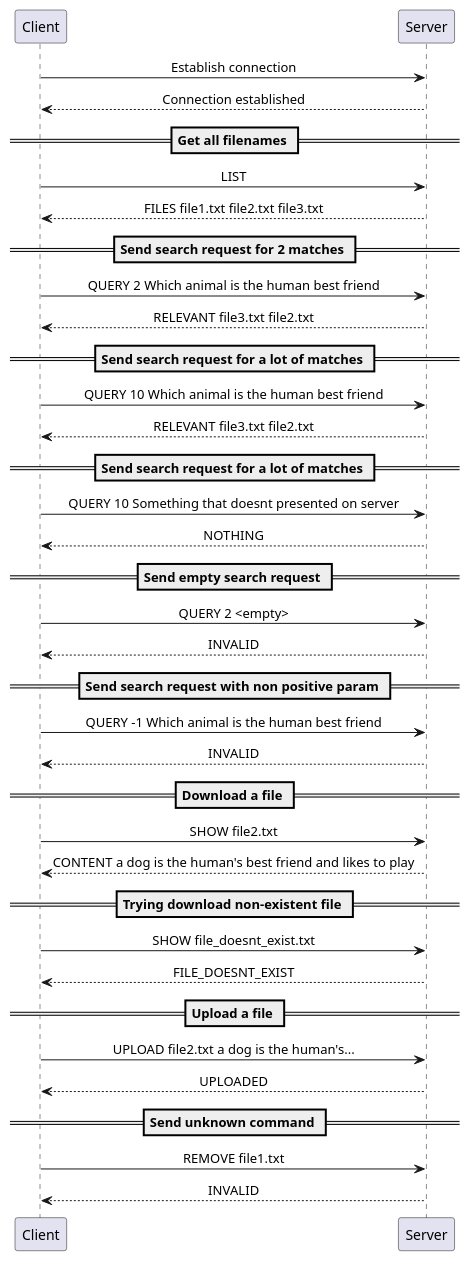
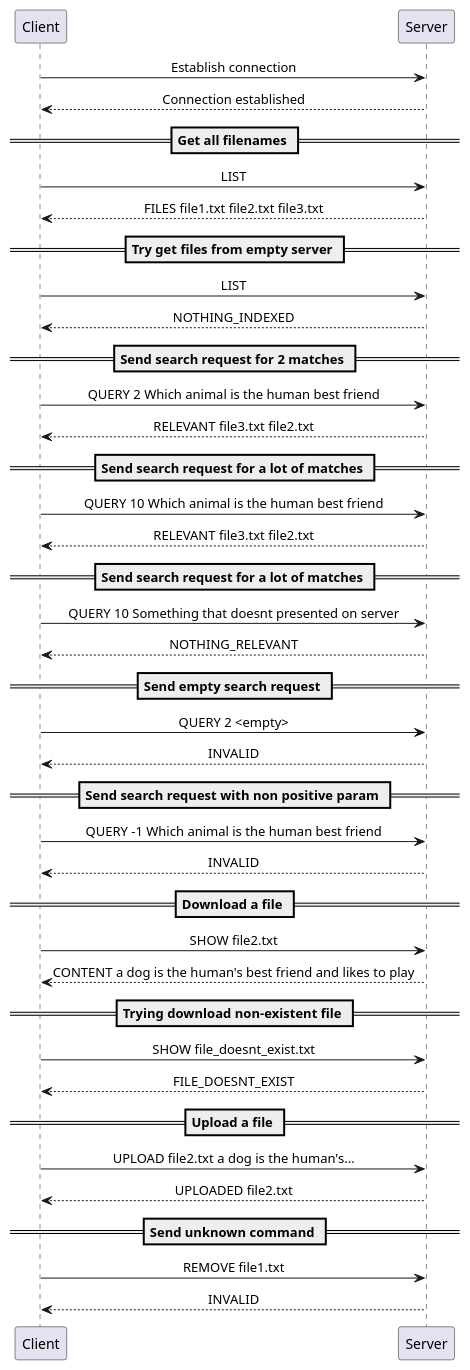
One commit to maxmakovskiy/retrivium changed the diagram in diagrams/retrivium_protocol.plantuml. Above: the diagram before and after it, drawn with PlantUML. The commit also changed 1 other file, not shown here.

```diff
--- a/diagrams/retrivium_protocol.plantuml
+++ b/diagrams/retrivium_protocol.plantuml
@@ -1,58 +1,63 @@
 @startuml retrivium-protocol
 skinparam sequenceMessageAlign center
 
 Client -> Server : Establish connection
 Server ---> Client : Connection established
 
 
 == Get all filenames ==
 
 Client -> Server : LIST
 Server ---> Client : FILES file1.txt file2.txt file3.txt
+
+== Try get files from empty server ==
+
+Client -> Server : LIST
+Server ---> Client : NOTHING_INDEXED
 
 == Send search request for 2 matches ==
 
 Client -> Server : QUERY 2 Which animal is the human best friend
 Server ---> Client : RELEVANT file3.txt file2.txt
 
 == Send search request for a lot of matches ==
 
 Client -> Server : QUERY 10 Which animal is the human best friend
 Server ---> Client : RELEVANT file3.txt file2.txt
 
 == Send search request for a lot of matches ==
 
 Client -> Server : QUERY 10 Something that doesnt presented on server
-Server ---> Client : NOTHING
+Server ---> Client : NOTHING_RELEVANT
 
 == Send empty search request ==
 
 Client -> Server : QUERY 2 <empty>
 Server ---> Client : INVALID
 
 == Send search request with non positive param ==
 
 Client -> Server : QUERY -1 Which animal is the human best friend
 Server ---> Client : INVALID
 
 == Download a file ==
 
 Client -> Server : SHOW file2.txt
 Server ---> Client : CONTENT a dog is the human's best friend and likes to play
 
 == Trying download non-existent file ==
 
 Client -> Server : SHOW file_doesnt_exist.txt
 Server ---> Client : FILE_DOESNT_EXIST
 
 == Upload a file ==
 
 Client -> Server : UPLOAD file2.txt a dog is the human's...
-Server ---> Client : UPLOADED
+Server ---> Client : UPLOADED file2.txt
 
 == Send unknown command ==
 
 Client -> Server : REMOVE file1.txt
 Server ---> Client : INVALID
 
 @enduml
```
